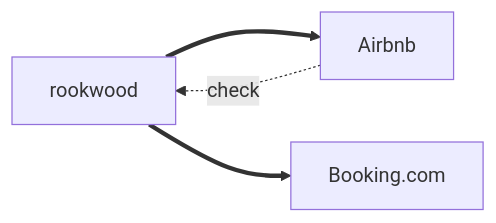
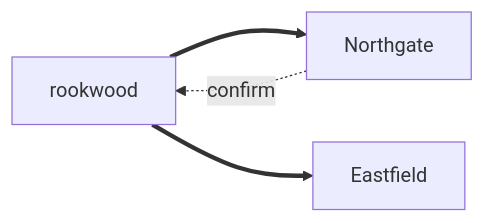
The fourth of 7 diagrams in packages/markdown/corpus/20-architecture-map.md (Neaox/quill), drawn with Mermaid before and after one commit. The commit also changed other lines of this file and 90 other files, not shown here.

````diff
--- a/packages/markdown/corpus/20-architecture-map.md
+++ b/packages/markdown/corpus/20-architecture-map.md
@@ -145,6 +145,6 @@
 ```mermaid
 flowchart LR
-  rookwood ==> airbnb[Airbnb]
-  rookwood ==> booking[Booking.com]
-  airbnb -.->|check| rookwood
+  rookwood ==> northgate[Northgate]
+  rookwood ==> eastfield[Eastfield]
+  northgate -.->|confirm| rookwood
 ```
````
